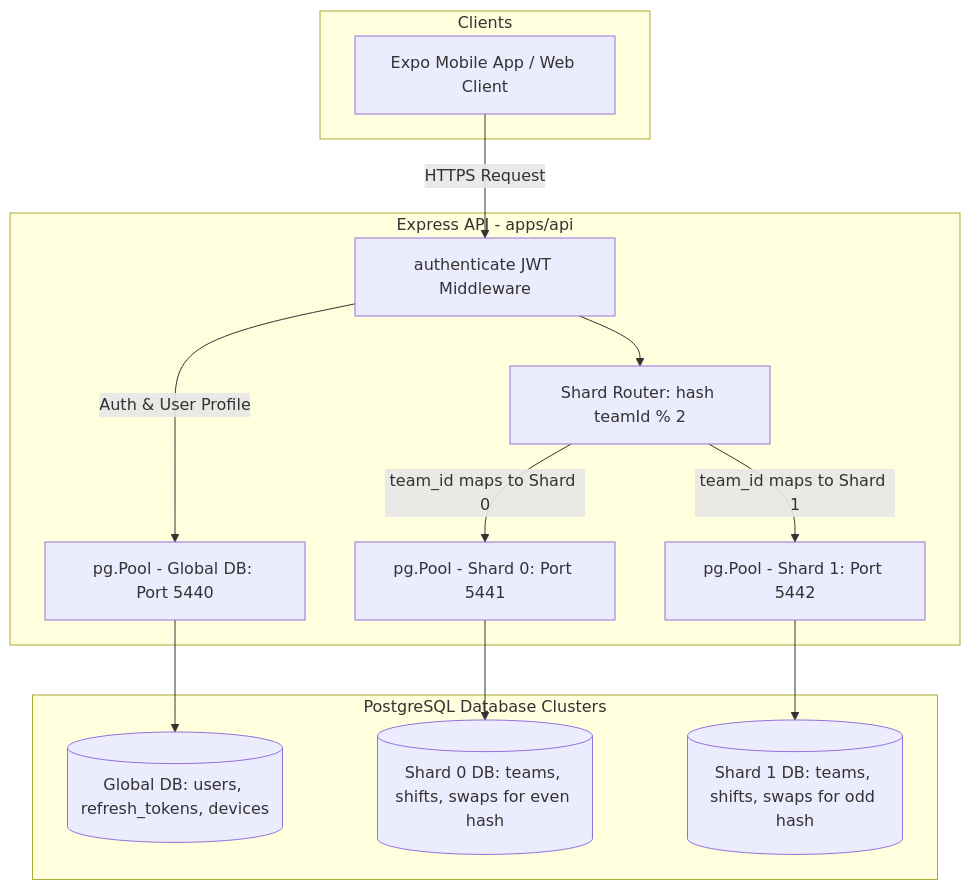
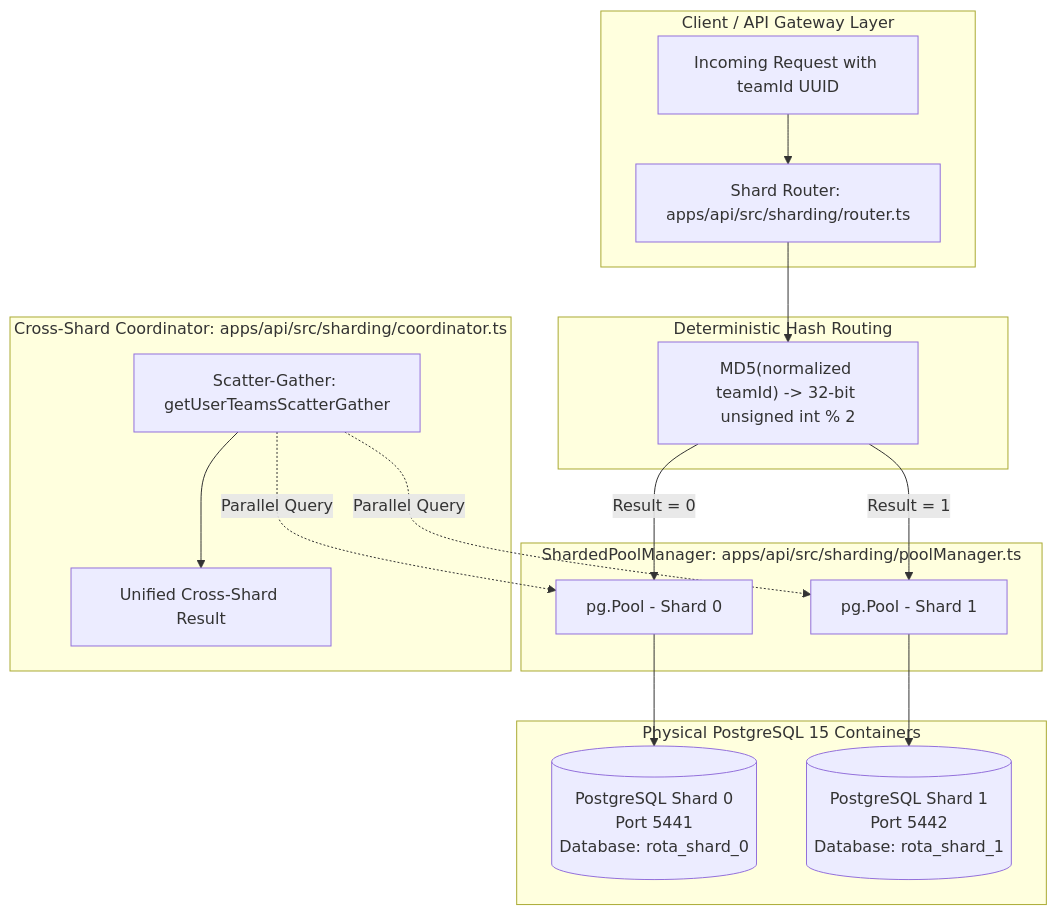
One commit to ScrappyAT/rota changed the diagram in docs/SHARDING.md. Above: the diagram before and after it, drawn with Mermaid. The commit also changed other lines of this file and 13 other files, not shown here.

Commit message:
feat: add isolated PostgreSQL sharding simulation

````diff
--- a/docs/SHARDING.md
+++ b/docs/SHARDING.md
@@ -111,26 +45,34 @@
 ```mermaid
 flowchart TD
-    subgraph Clients
-        App[Expo Mobile App / Web Client]
+    subgraph ClientLayer[Client / API Gateway Layer]
+        Req[Incoming Request with teamId UUID]
+        Router[Shard Router: apps/api/src/sharding/router.ts]
+        Req --> Router
     end
 
-    subgraph API_Layer[Express API - apps/api]
-        AuthMW[authenticate JWT Middleware]
-        Router[Shard Router: hash teamId % 2]
-        Pool0[pg.Pool - Shard 0: Port 5441]
-        Pool1[pg.Pool - Shard 1: Port 5442]
-        GlobalPool[pg.Pool - Global DB: Port 5440]
+    subgraph RouterDecision[Deterministic Hash Routing]
+        Hash["MD5(normalized teamId) -> 32-bit unsigned int % 2"]
+        Router --> Hash
     end
 
-    subgraph Storage_Tier[PostgreSQL Database Clusters]
-        GDB[(Global DB: users, refresh_tokens, devices)]
-        S0[(Shard 0 DB: teams, shifts, swaps for even hash)]
-        S1[(Shard 1 DB: teams, shifts, swaps for odd hash)]
+    subgraph PoolManager[ShardedPoolManager: apps/api/src/sharding/poolManager.ts]
+        P0[pg.Pool - Shard 0]
+        P1[pg.Pool - Shard 1]
+        Hash -->|Result = 0| P0
+        Hash -->|Result = 1| P1
     end
 
-    App -->|HTTPS Request| AuthMW
-    AuthMW --> Router
-    Router -->|team_id maps to Shard 0| Pool0 --> S0
-    Router -->|team_id maps to Shard 1| Pool1 --> S1
-    AuthMW -->|Auth & User Profile| GlobalPool --> GDB
+    subgraph DatabaseTier[Physical PostgreSQL 15 Containers]
+        DB0[(PostgreSQL Shard 0<br/>Port 5441<br/>Database: rota_shard_0)]
+        DB1[(PostgreSQL Shard 1<br/>Port 5442<br/>Database: rota_shard_1)]
+        P0 --> DB0
+        P1 --> DB1
+    end
+
+    subgraph ScatterGatherCoord[Cross-Shard Coordinator: apps/api/src/sharding/coordinator.ts]
+        Scatter[Scatter-Gather: getUserTeamsScatterGather]
+        Scatter -.->|Parallel Query| P0
+        Scatter -.->|Parallel Query| P1
+        Scatter --> Aggregated[Unified Cross-Shard Result]
+    end
 ```
````
